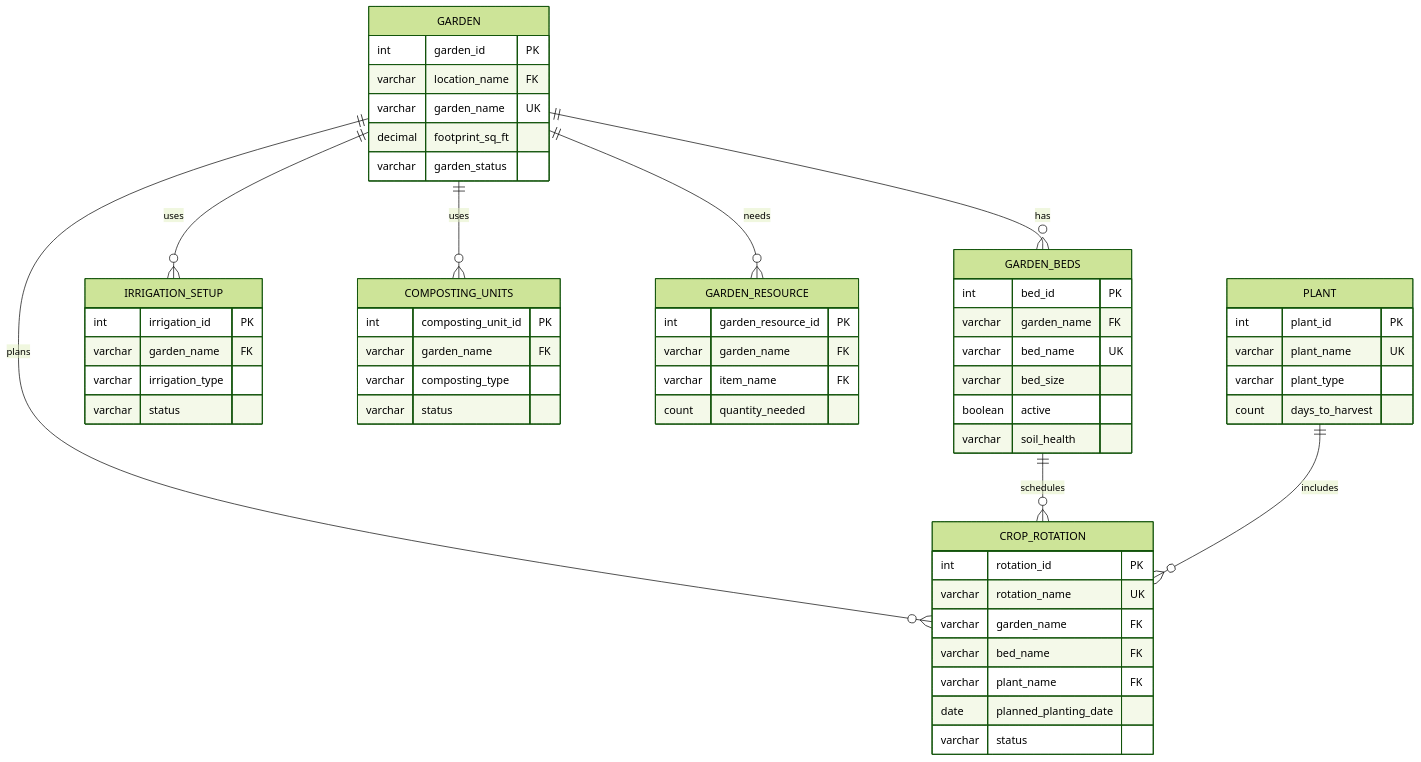
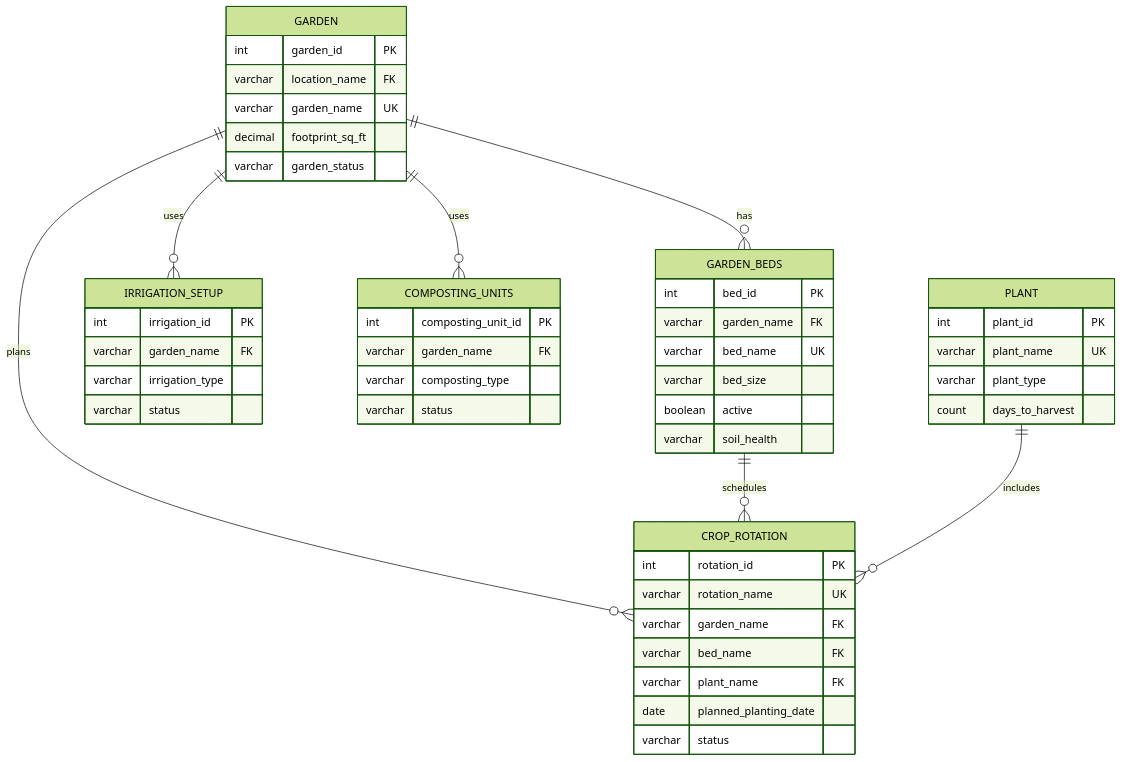
The second of 2 diagrams in README.md (CrisOrnelas99/Garden-Database), drawn with Mermaid (forest theme) before and after one commit.

Commit message:
Update ER diagram by removing GARDEN_RESOURCE
Removed GARDEN_RESOURCE entity from the ER diagram.

````diff
--- a/README.md
+++ b/README.md
@@ -93,66 +93,58 @@
 ```mermaid
 erDiagram
     GARDEN ||--o{ GARDEN_BEDS : has
     GARDEN ||--o{ IRRIGATION_SETUP : uses
     GARDEN ||--o{ COMPOSTING_UNITS : uses
-    GARDEN ||--o{ GARDEN_RESOURCE : needs
     GARDEN ||--o{ CROP_ROTATION : plans
     GARDEN_BEDS ||--o{ CROP_ROTATION : schedules
     PLANT ||--o{ CROP_ROTATION : includes
 
 
     GARDEN {
         int garden_id PK
         varchar location_name FK
         varchar garden_name UK
         decimal footprint_sq_ft
         varchar garden_status
     }
 
     GARDEN_BEDS {
         int bed_id PK
         varchar garden_name FK
         varchar bed_name UK
         varchar bed_size
         boolean active
         varchar soil_health
     }
 
     IRRIGATION_SETUP {
         int irrigation_id PK
         varchar garden_name FK
         varchar irrigation_type
         varchar status
     }
 
     COMPOSTING_UNITS {
         int composting_unit_id PK
         varchar garden_name FK
         varchar composting_type
         varchar status
     }
 
-    GARDEN_RESOURCE {
-        int garden_resource_id PK
-        varchar garden_name FK
-        varchar item_name FK
-        count quantity_needed
-    }
-
     PLANT {
         int plant_id PK
         varchar plant_name UK
         varchar plant_type
         count days_to_harvest
     }
 
     CROP_ROTATION {
         int rotation_id PK
         varchar rotation_name UK
         varchar garden_name FK
         varchar bed_name FK
         varchar plant_name FK
         date planned_planting_date
         varchar status
     }
 ```
````
